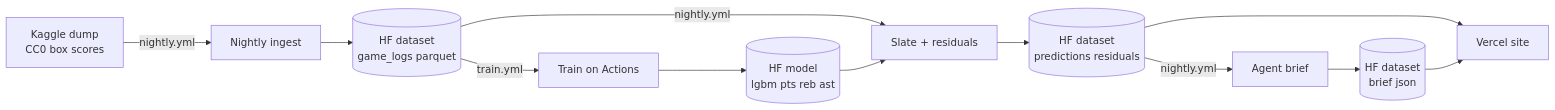
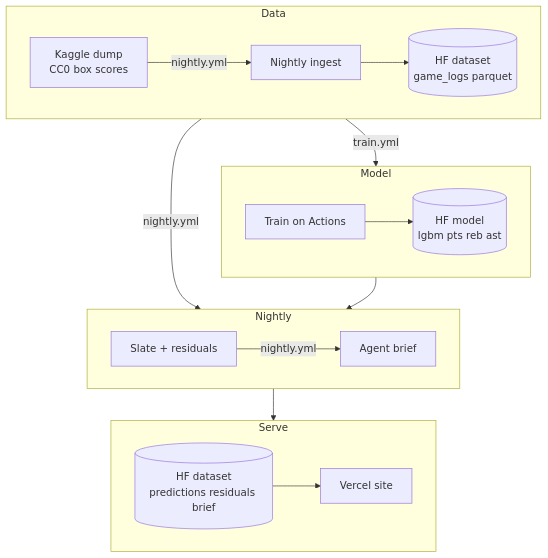
Before and after one commit to cbratkovics/nba-ai-ml: the diagram in README.md, drawn with Mermaid.

Commit message:
docs: Lay the architecture diagram out as four subgraph rows
flowchart TB with Data, Model, Nightly and Serve subgraphs, each laid
out left to right, joined by subgraph-level edges that keep the
train.yml and nightly.yml labels. Node-level cross-subgraph edges made
Mermaid ignore the row direction and render a tall column; subgraph
edges give a block. Rendered with the Mermaid CLI before committing.

````diff
--- a/README.md
+++ b/README.md
@@ -23,14 +23,24 @@
 ```mermaid
-flowchart LR
-    K[Kaggle dump<br/>CC0 box scores] -->|nightly.yml| I[Nightly ingest]
-    I --> D[(HF dataset<br/>game_logs parquet)]
-    D -->|train.yml| T[Train on Actions]
-    T --> M[(HF model<br/>lgbm pts reb ast)]
-    D -->|nightly.yml| S[Slate + residuals]
-    M --> S
-    S --> P[(HF dataset<br/>predictions residuals)]
-    P -->|nightly.yml| A[Agent brief]
-    A --> B[(HF dataset<br/>brief json)]
-    P --> V[Vercel site]
-    B --> V
+flowchart TB
+    subgraph Data
+        direction LR
+        K[Kaggle dump<br/>CC0 box scores] -->|nightly.yml| I[Nightly ingest]
+        I --> D[(HF dataset<br/>game_logs parquet)]
+    end
+    subgraph Model
+        direction LR
+        T[Train on Actions] --> M[(HF model<br/>lgbm pts reb ast)]
+    end
+    subgraph Nightly
+        direction LR
+        S[Slate + residuals] -->|nightly.yml| A[Agent brief]
+    end
+    subgraph Serve
+        direction LR
+        P[(HF dataset<br/>predictions residuals brief)] --> V[Vercel site]
+    end
+    Data -->|train.yml| Model
+    Data -->|nightly.yml| Nightly
+    Model --> Nightly
+    Nightly --> Serve
 ```
````
